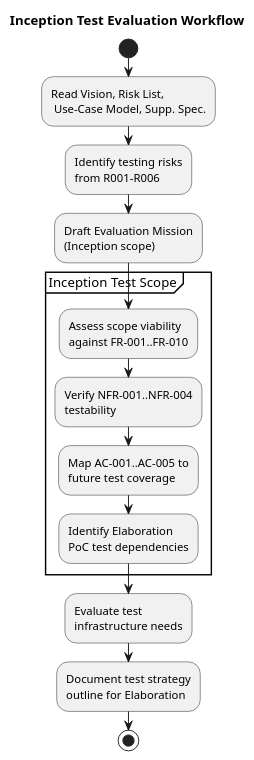
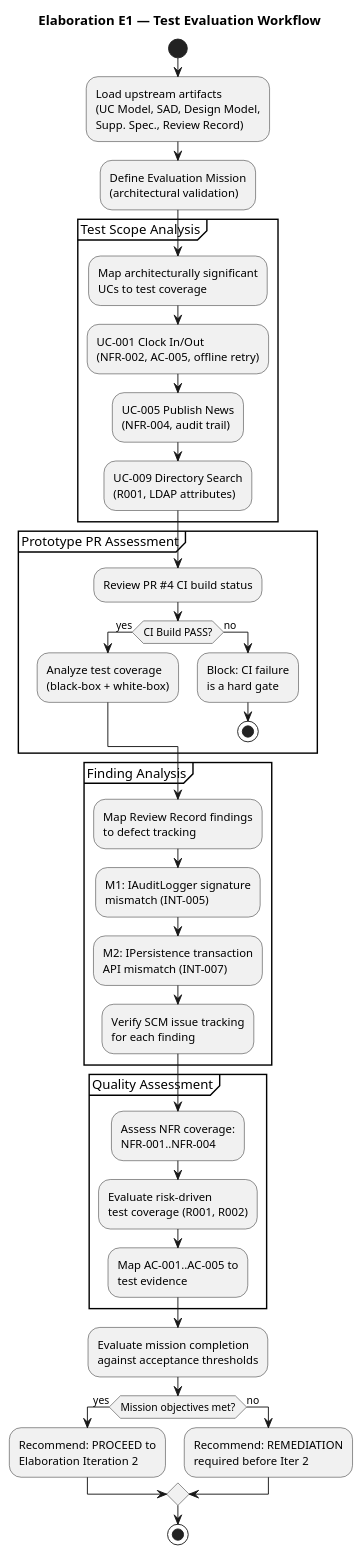
The first of 3 diagrams in docs/artifacts/test/test-evaluation-summary.md (banense-test/portal-cuba-corp), drawn with PlantUML before and after one commit. The commit also changed other lines of this file, not shown here.

First line of the commit message:
Test Manager [E1]: upsert Test Evaluation Summary

````diff
--- a/docs/artifacts/test/test-evaluation-summary.md
+++ b/docs/artifacts/test/test-evaluation-summary.md
@@ -27,36 +49,71 @@
 ```plantuml
 @startuml
-title Inception Test Evaluation Workflow
+title Elaboration E1 — Test Evaluation Workflow
 
 start
 
-:Read Vision, Risk List,
- Use-Case Model, Supp. Spec.;
+:Load upstream artifacts
+(UC Model, SAD, Design Model,
+Supp. Spec., Review Record);
 
-:Identify testing risks
-from R001–R006;
+:Define Evaluation Mission
+(architectural validation);
 
-:Draft Evaluation Mission
-(Inception scope);
-
-partition "Inception Test Scope" {
-  :Assess scope viability
-  against FR-001..FR-010;
-  :Verify NFR-001..NFR-004
-  testability;
-  :Map AC-001..AC-005 to
-  future test coverage;
-  :Identify Elaboration
-  PoC test dependencies;
+partition "Test Scope Analysis" {
+  :Map architecturally significant
+  UCs to test coverage;
+  :UC-001 Clock In/Out
+  (NFR-002, AC-005, offline retry);
+  :UC-005 Publish News
+  (NFR-004, audit trail);
+  :UC-009 Directory Search
+  (R001, LDAP attributes);
 }
 
-:Evaluate test
-infrastructure needs;
+partition "Prototype PR Assessment" {
+  :Review PR #4 CI build status;
+  if (CI Build PASS?) then (yes)
+    :Analyze test coverage
+    (black-box + white-box);
+  else (no)
+    :Block: CI failure
+    is a hard gate;
+    stop
+  endif
+}
 
-:Document test strategy
-outline for Elaboration;
+partition "Finding Analysis" {
+  :Map Review Record findings
+  to defect tracking;
+  :M1: IAuditLogger signature
+  mismatch (INT-005);
+  :M2: IPersistence transaction
+  API mismatch (INT-007);
+  :Verify SCM issue tracking
+  for each finding;
+}
+
+partition "Quality Assessment" {
+  :Assess NFR coverage:
+  NFR-001..NFR-004;
+  :Evaluate risk-driven
+  test coverage (R001, R002);
+  :Map AC-001..AC-005 to
+  test evidence;
+}
+
+:Evaluate mission completion
+against acceptance thresholds;
+
+if (Mission objectives met?) then (yes)
+  :Recommend: PROCEED to
+  Elaboration Iteration 2;
+else (no)
+  :Recommend: REMEDIATION
+  required before Iter 2;
+endif
 
 stop
 
 @enduml
 ```
````
